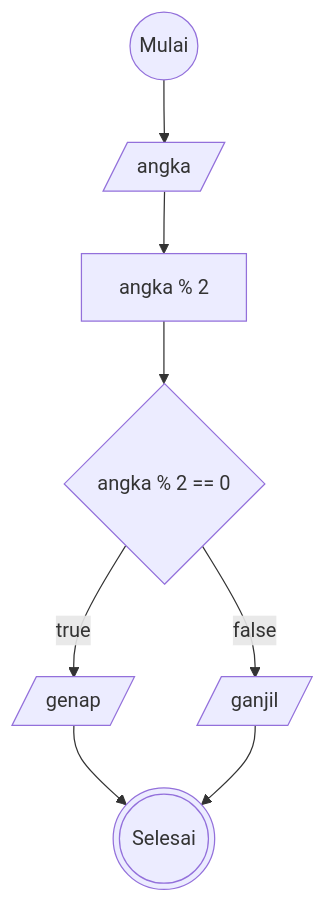
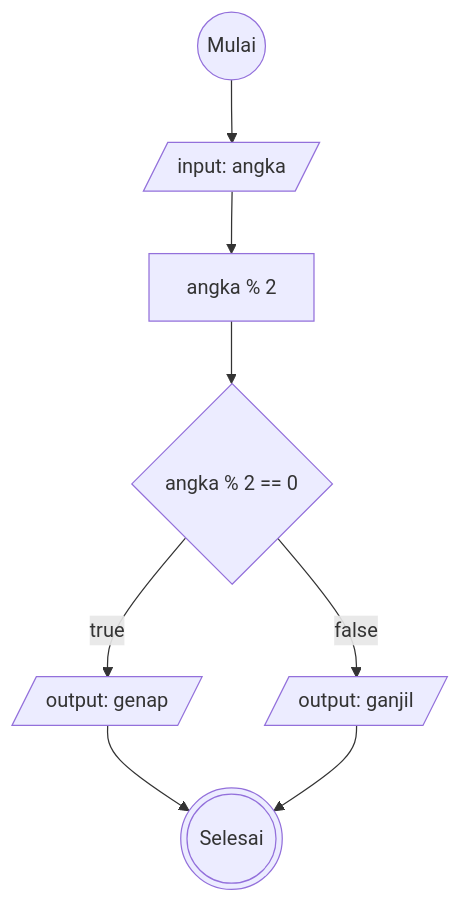
The diagram in flowchart-ganjil-genap.md (Arif14377/koda-b6-algoritma), drawn with Mermaid before and after one commit.

````diff
--- a/flowchart-ganjil-genap.md
+++ b/flowchart-ganjil-genap.md
@@ -1,19 +1,19 @@
 ```mermaid
 flowchart TD
 start@{shape: circle, label: "Mulai"}
 stop@{shape: dbl-circ, label: "Selesai"}
-input@{ shape: lean-r, label: "angka"}
+input@{ shape: lean-r, label: "input: angka"}
 proses@{ shape: rect, label: "angka % 2" }
 decision@{ shape: diamond, label: "angka % 2 == 0" }
-ganjil@{ shape: lean-r, label: "ganjil"}
-genap@{ shape: lean-r, label: "genap"}
+ganjil@{ shape: lean-r, label: "output: ganjil"}
+genap@{ shape: lean-r, label: "output: genap"}
 
  start-->input
  input-->proses
  proses-->decision
  decision-- true --> genap
  decision-- false --> ganjil
  genap-->stop
  ganjil-->stop
 
 ```
````
